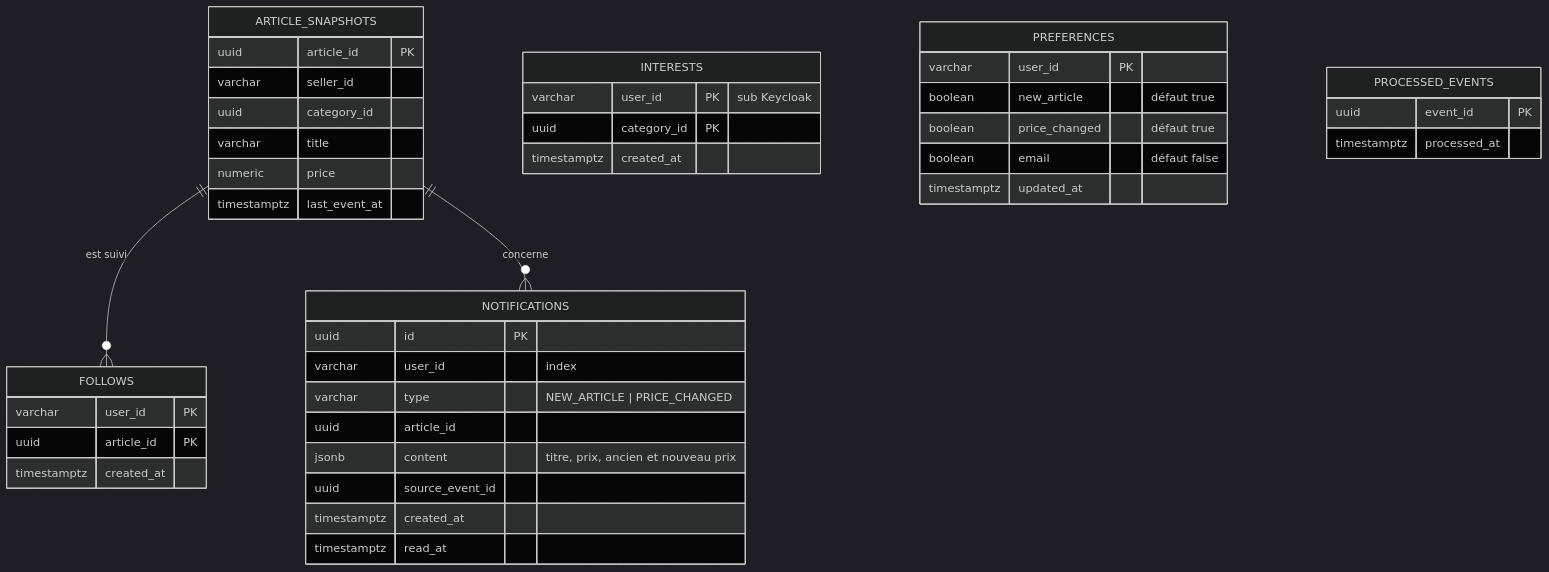
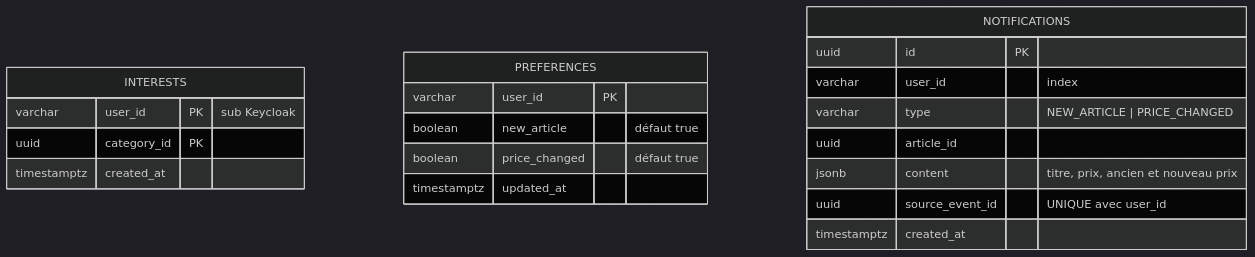
Before and after one commit to Luucaaas/collector-poc: the third of 3 diagrams in docs/02-architecture/contrats.md, drawn with Mermaid (dark theme). The commit also changed other lines of this file and 36 other files, not shown here.

````diff
--- a/docs/02-architecture/contrats.md
+++ b/docs/02-architecture/contrats.md
@@ -418,46 +393,24 @@
 ```mermaid
 erDiagram
     %% id: donnees-notification
-    ARTICLE_SNAPSHOTS ||--o{ FOLLOWS : "est suivi"
-    ARTICLE_SNAPSHOTS ||--o{ NOTIFICATIONS : concerne
-
     INTERESTS {
         varchar user_id PK "sub Keycloak"
         uuid category_id PK
         timestamptz created_at
     }
     PREFERENCES {
         varchar user_id PK
         boolean new_article "défaut true"
         boolean price_changed "défaut true"
-        boolean email "défaut false"
         timestamptz updated_at
-    }
-    FOLLOWS {
-        varchar user_id PK
-        uuid article_id PK
-        timestamptz created_at
-    }
-    ARTICLE_SNAPSHOTS {
-        uuid article_id PK
-        varchar seller_id
-        uuid category_id
-        varchar title
-        numeric price
-        timestamptz last_event_at
     }
     NOTIFICATIONS {
         uuid id PK
         varchar user_id "index"
         varchar type "NEW_ARTICLE | PRICE_CHANGED"
         uuid article_id
         jsonb content "titre, prix, ancien et nouveau prix"
-        uuid source_event_id
+        uuid source_event_id "UNIQUE avec user_id"
         timestamptz created_at
-        timestamptz read_at
-    }
-    PROCESSED_EVENTS {
-        uuid event_id PK
-        timestamptz processed_at
     }
 ```
````
